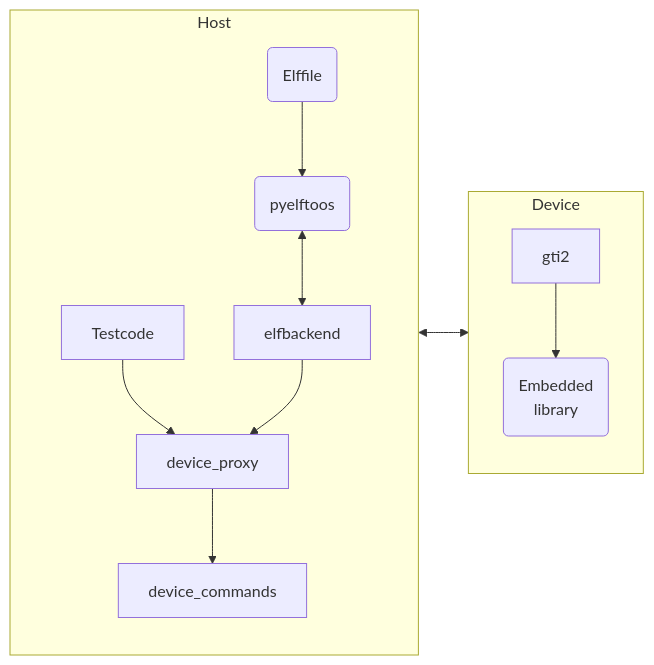
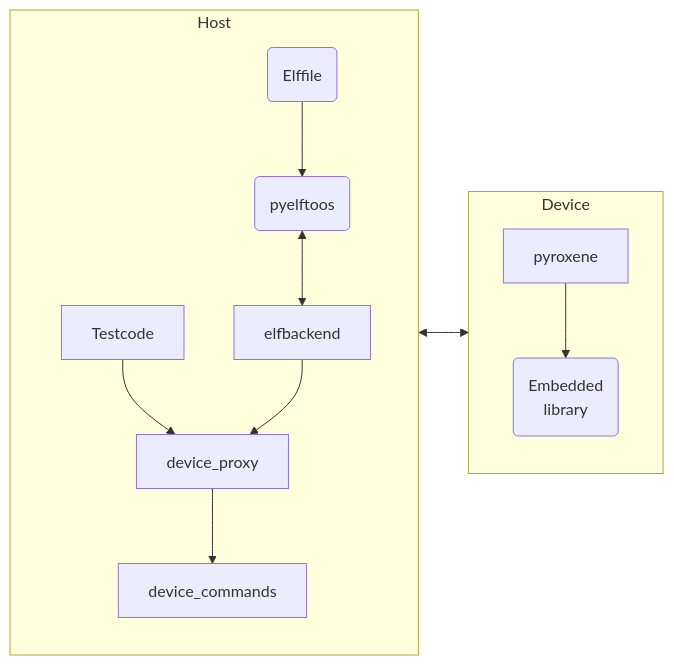
One commit to hackenbergstefan/pyroxene changed the diagram in README.md. Above: the diagram before and after it, drawn with Mermaid. The commit also changed other lines of this file and 22 other files, not shown here.

````diff
--- a/README.md
+++ b/README.md
@@ -26,16 +26,16 @@
 ```mermaid
 flowchart LR
     subgraph Device
         direction TB
-        gti2 --> A(Embedded\nlibrary)
+        pyroxene --> A(Embedded\nlibrary)
     end
     subgraph Host
         direction TB
         Testcode --> device_proxy
         elfbackend --> device_proxy
         device_proxy --> device_commands
         B(Elffile) --> C(pyelftoos)
         C <--> elfbackend
     end
-    device_commands <--> gti2
+    device_commands <--> pyroxene
 ```
````
